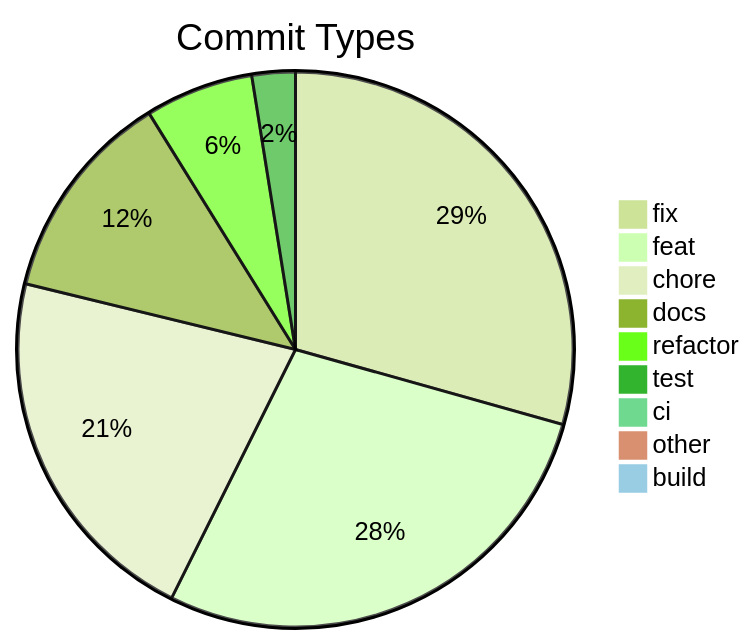
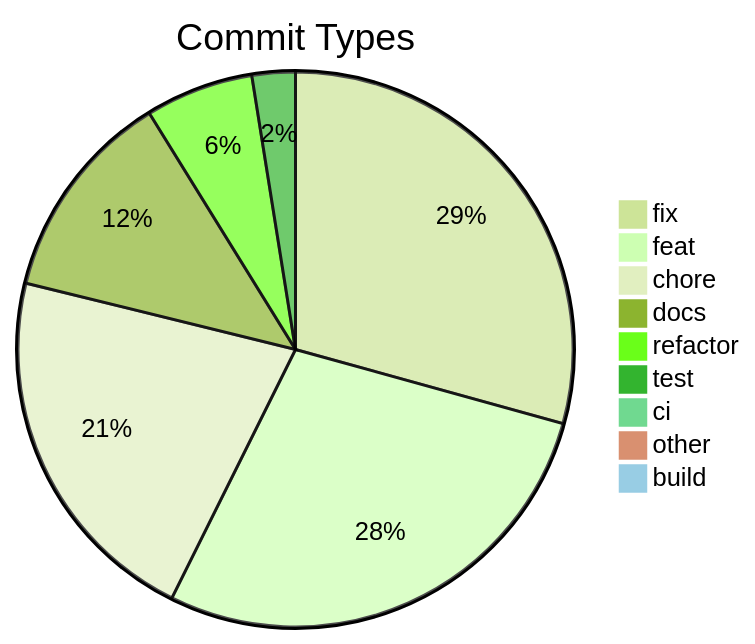
Before and after one commit to svenroth-ai/shipwright: the diagram in .shipwright/compliance/change-history.md, drawn with Mermaid (forest theme). The commit also changed other lines of this file and 39 other files, not shown here.

````diff
--- a/.shipwright/compliance/change-history.md
+++ b/.shipwright/compliance/change-history.md
@@ -8,12 +8,12 @@
 ```mermaid
 pie title Commit Types
     "fix" : 349
-    "feat" : 333
-    "chore" : 255
+    "feat" : 334
+    "chore" : 256
     "docs" : 147
     "refactor" : 75
     "test" : 30
     "ci" : 11
     "other" : 9
     "build" : 1
 ```
````
